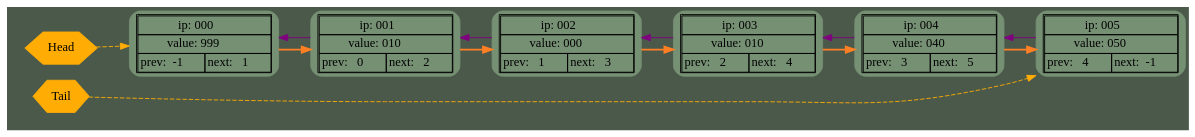
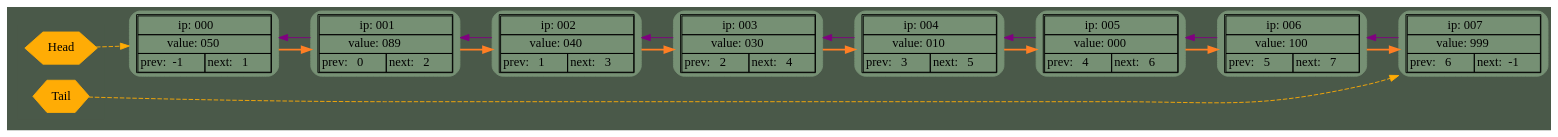
Before and after one commit to rAch-kaplin/List: the diagram in GraphDump/dump.dot, drawn with Graphviz. The commit also changed 7 other files, not shown here.

```diff
--- a/GraphDump/dump.dot
+++ b/GraphDump/dump.dot
@@ -1,68 +1,86 @@
 digraph G {
 	rankdir = LR;
 	bgcolor="#4A5949"
 	node000 [shape=Mrecord; style=filled; color="#769074"; label = <
 		         <table BORDER="1" CELLBORDER="1" CELLSPACING="0" CELLPADDING="2" BGCOLOR="#769074" COLOR="black">
 			           <tr><td align='center' colspan='2'> ip: 000 </td></tr>
-			           <tr><td PORT='prev' align='center' colspan='2'> value: 999 </td></tr>
+			           <tr><td PORT='prev' align='center' colspan='2'> value: 050 </td></tr>
 			           <tr><td PORT='prev' align='center'> prev:  -1 </td>
 			               <td PORT='next' align='center'> next:   1 </td></tr>
 		         </table> >];
 	node001 [shape=Mrecord; style=filled; color="#769074"; label = <
 		         <table BORDER="1" CELLBORDER="1" CELLSPACING="0" CELLPADDING="2" BGCOLOR="#769074" COLOR="black">
 			           <tr><td align='center' colspan='2'> ip: 001 </td></tr>
-			           <tr><td PORT='prev' align='center' colspan='2'> value: 010 </td></tr>
+			           <tr><td PORT='prev' align='center' colspan='2'> value: 089 </td></tr>
 			           <tr><td PORT='prev' align='center'> prev:   0 </td>
 			               <td PORT='next' align='center'> next:   2 </td></tr>
 		         </table> >];
 	node002 [shape=Mrecord; style=filled; color="#769074"; label = <
 		         <table BORDER="1" CELLBORDER="1" CELLSPACING="0" CELLPADDING="2" BGCOLOR="#769074" COLOR="black">
 			           <tr><td align='center' colspan='2'> ip: 002 </td></tr>
-			           <tr><td PORT='prev' align='center' colspan='2'> value: 000 </td></tr>
+			           <tr><td PORT='prev' align='center' colspan='2'> value: 040 </td></tr>
 			           <tr><td PORT='prev' align='center'> prev:   1 </td>
 			               <td PORT='next' align='center'> next:   3 </td></tr>
 		         </table> >];
 	node003 [shape=Mrecord; style=filled; color="#769074"; label = <
 		         <table BORDER="1" CELLBORDER="1" CELLSPACING="0" CELLPADDING="2" BGCOLOR="#769074" COLOR="black">
 			           <tr><td align='center' colspan='2'> ip: 003 </td></tr>
-			           <tr><td PORT='prev' align='center' colspan='2'> value: 010 </td></tr>
+			           <tr><td PORT='prev' align='center' colspan='2'> value: 030 </td></tr>
 			           <tr><td PORT='prev' align='center'> prev:   2 </td>
 			               <td PORT='next' align='center'> next:   4 </td></tr>
 		         </table> >];
 	node004 [shape=Mrecord; style=filled; color="#769074"; label = <
 		         <table BORDER="1" CELLBORDER="1" CELLSPACING="0" CELLPADDING="2" BGCOLOR="#769074" COLOR="black">
 			           <tr><td align='center' colspan='2'> ip: 004 </td></tr>
-			           <tr><td PORT='prev' align='center' colspan='2'> value: 040 </td></tr>
+			           <tr><td PORT='prev' align='center' colspan='2'> value: 010 </td></tr>
 			           <tr><td PORT='prev' align='center'> prev:   3 </td>
 			               <td PORT='next' align='center'> next:   5 </td></tr>
 		         </table> >];
 	node005 [shape=Mrecord; style=filled; color="#769074"; label = <
 		         <table BORDER="1" CELLBORDER="1" CELLSPACING="0" CELLPADDING="2" BGCOLOR="#769074" COLOR="black">
 			           <tr><td align='center' colspan='2'> ip: 005 </td></tr>
-			           <tr><td PORT='prev' align='center' colspan='2'> value: 050 </td></tr>
+			           <tr><td PORT='prev' align='center' colspan='2'> value: 000 </td></tr>
 			           <tr><td PORT='prev' align='center'> prev:   4 </td>
+			               <td PORT='next' align='center'> next:   6 </td></tr>
+		         </table> >];
+	node006 [shape=Mrecord; style=filled; color="#769074"; label = <
+		         <table BORDER="1" CELLBORDER="1" CELLSPACING="0" CELLPADDING="2" BGCOLOR="#769074" COLOR="black">
+			           <tr><td align='center' colspan='2'> ip: 006 </td></tr>
+			           <tr><td PORT='prev' align='center' colspan='2'> value: 100 </td></tr>
+			           <tr><td PORT='prev' align='center'> prev:   5 </td>
+			               <td PORT='next' align='center'> next:   7 </td></tr>
+		         </table> >];
+	node007 [shape=Mrecord; style=filled; color="#769074"; label = <
+		         <table BORDER="1" CELLBORDER="1" CELLSPACING="0" CELLPADDING="2" BGCOLOR="#769074" COLOR="black">
+			           <tr><td align='center' colspan='2'> ip: 007 </td></tr>
+			           <tr><td PORT='prev' align='center' colspan='2'> value: 999 </td></tr>
+			           <tr><td PORT='prev' align='center'> prev:   6 </td>
 			               <td PORT='next' align='center'> next:  -1 </td></tr>
 		         </table> >];
 
 
 	node000 -> node001 [style=bold; weight=1000; color=chocolate1; ];
 	node001 -> node002 [style=bold; weight=1000; color=chocolate1; ];
 	node002 -> node003 [style=bold; weight=1000; color=chocolate1; ];
 	node003 -> node004 [style=bold; weight=1000; color=chocolate1; ];
 	node004 -> node005 [style=bold; weight=1000; color=chocolate1; ];
+	node005 -> node006 [style=bold; weight=1000; color=chocolate1; ];
+	node006 -> node007 [style=bold; weight=1000; color=chocolate1; ];
+	node007 -> node006 [weight=0; color=purple; constraint=false; ];
+	node006 -> node005 [weight=0; color=purple; constraint=false; ];
 	node005 -> node004 [weight=0; color=purple; constraint=false; ];
 	node004 -> node003 [weight=0; color=purple; constraint=false; ];
 	node003 -> node002 [weight=0; color=purple; constraint=false; ];
 	node002 -> node001 [weight=0; color=purple; constraint=false; ];
 	node001 -> node000 [weight=0; color=purple; constraint=false; ];
 
 	subgraph cluster_head_tail {
 		color=transparent;
 		label = "";
 	head [shape=hexagon; style=filled; color="#ffac05"; label="Head"];
 	tail [shape=hexagon; style=filled; color="#ffac05"; label="Tail"];
 	}
 	head -> node000 [style=dashed; color="#ffac05"];
-	tail -> node005 [style=dashed; color="#ffac05"];
+	tail -> node007 [style=dashed; color="#ffac05"];
 
 }
```
